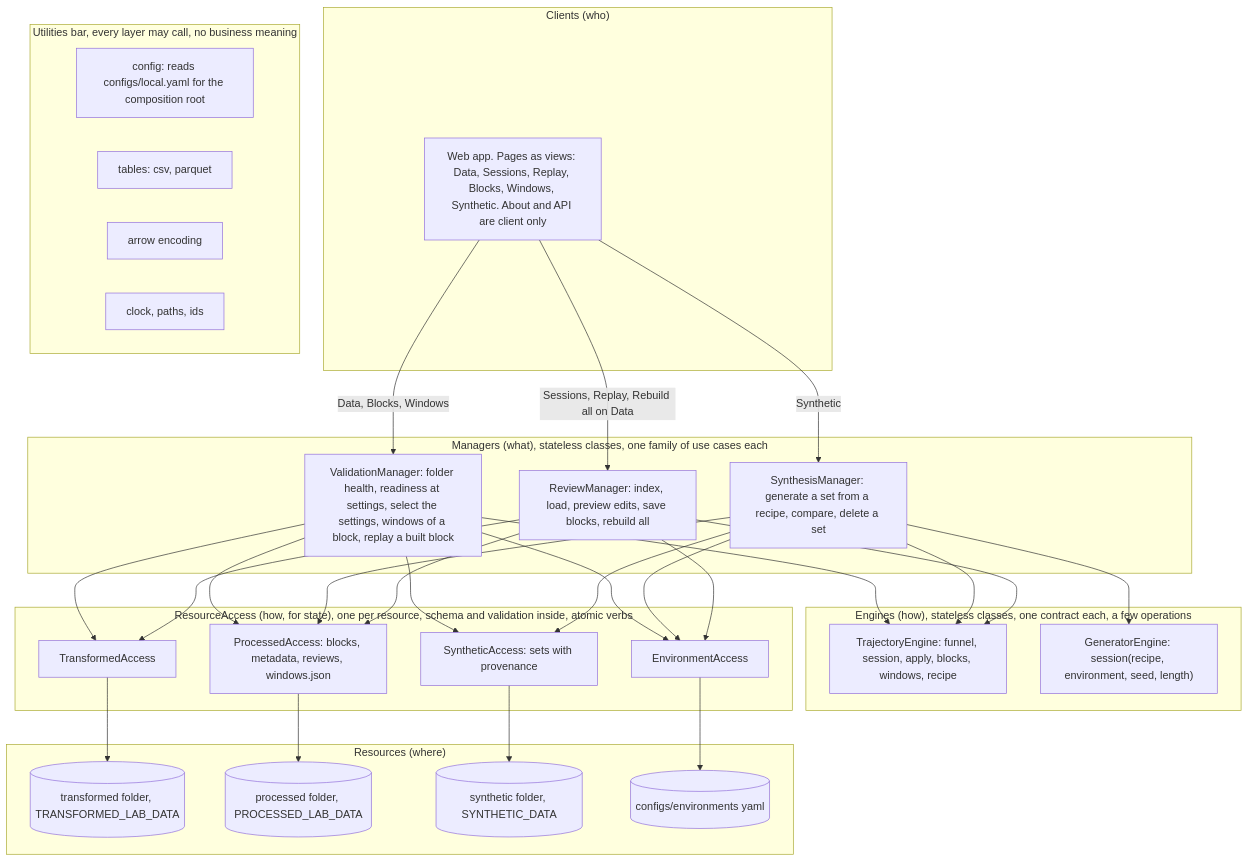
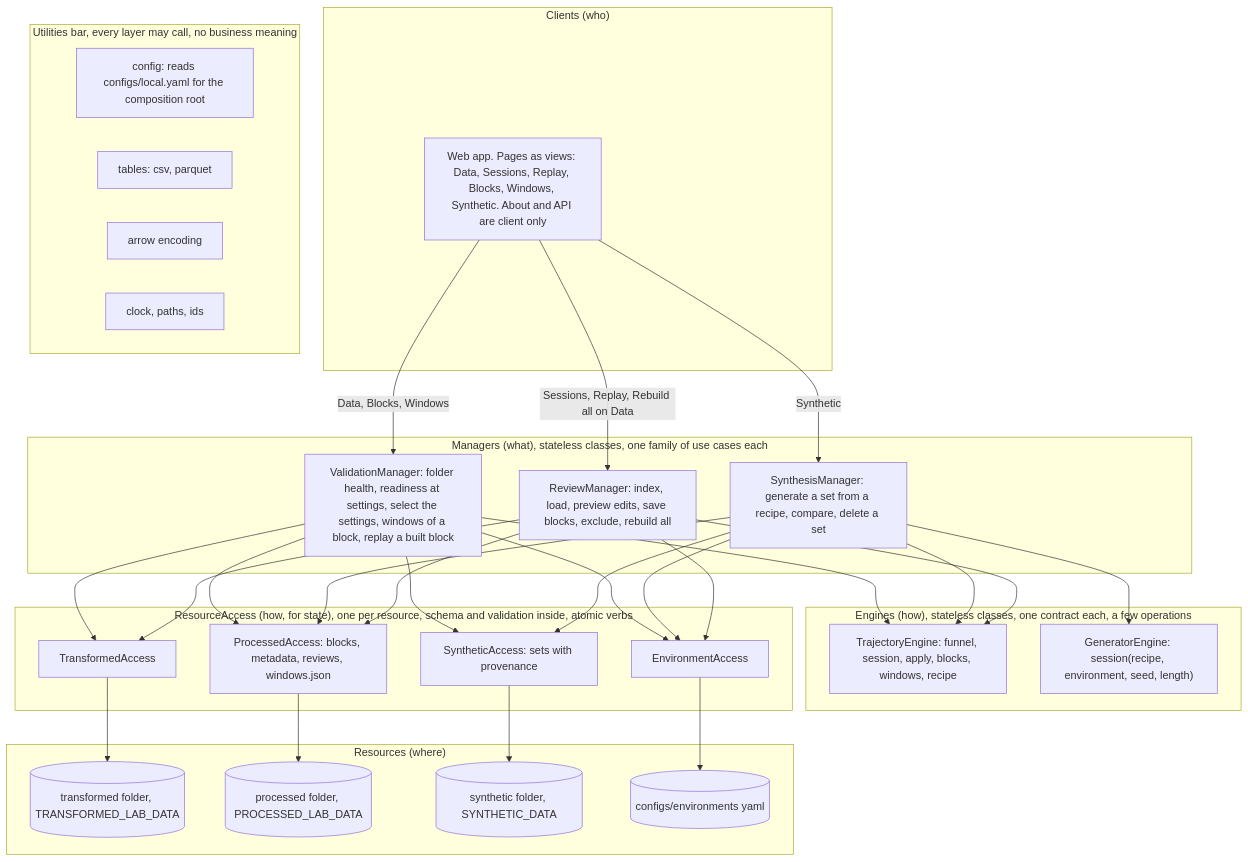
Before and after one commit to kshannon/axis-of-travel-rnn: the first of 5 diagrams in ratreplay/docs/architecture.md, drawn with Mermaid. The commit also changed other lines of this file and 15 other files, not shown here.

Commit message:
Make About the guide: what the tool is and its rules, the process and how to use it, what each action writes, and the internal routes under the hood, with the data formats moved to the Data page, the flow line gone and the API page removed

````diff
--- a/ratreplay/docs/architecture.md
+++ b/ratreplay/docs/architecture.md
@@ -80,57 +82,57 @@
 ```mermaid
 flowchart TB
     subgraph Clients["Clients (who)"]
         UI["Web app. Pages as views: Data, Sessions, Replay, Blocks, Windows, Synthetic. About and API are client only"]
     end
     subgraph Managers["Managers (what), stateless classes, one family of use cases each"]
-        RM["ReviewManager: index, load, preview edits, save blocks, rebuild all"]
+        RM["ReviewManager: index, load, preview edits, save blocks, exclude, rebuild all"]
         SM["SynthesisManager: generate a set from a recipe, compare, delete a set"]
         VM["ValidationManager: folder health, readiness at settings, select the settings, windows of a block, replay a built block"]
     end
     subgraph Engines["Engines (how), stateless classes, one contract each, a few operations"]
         TE["TrajectoryEngine: funnel, session, apply, blocks, windows, recipe"]
         GE["GeneratorEngine: session(recipe, environment, seed, length)"]
     end
     subgraph RA["ResourceAccess (how, for state), one per resource, schema and validation inside, atomic verbs"]
         TA["TransformedAccess"]
         PA["ProcessedAccess: blocks, metadata, reviews, windows.json"]
         SA["SyntheticAccess: sets with provenance"]
         EA["EnvironmentAccess"]
     end
     subgraph Resources["Resources (where)"]
         RT[("transformed folder, TRANSFORMED_LAB_DATA")]
         RP[("processed folder, PROCESSED_LAB_DATA")]
         RS[("synthetic folder, SYNTHETIC_DATA")]
         RE[("configs/environments yaml")]
     end
     subgraph Utilities["Utilities bar, every layer may call, no business meaning"]
         UC["config: reads configs/local.yaml for the composition root"]
         UT["tables: csv, parquet"]
         UA["arrow encoding"]
         UK["clock, paths, ids"]
     end
 
     UI -->|Sessions, Replay, Rebuild all on Data| RM
     UI -->|Synthetic| SM
     UI -->|Data, Blocks, Windows| VM
 
     RM --> TE
     RM --> TA
     RM --> PA
     RM --> EA
     SM --> TE
     SM --> GE
     SM --> PA
     SM --> SA
     SM --> EA
     VM --> TE
     VM --> TA
     VM --> PA
     VM --> SA
     VM --> EA
 
     TA --> RT
     PA --> RP
     SA --> RS
     EA --> RE
 ```
````
